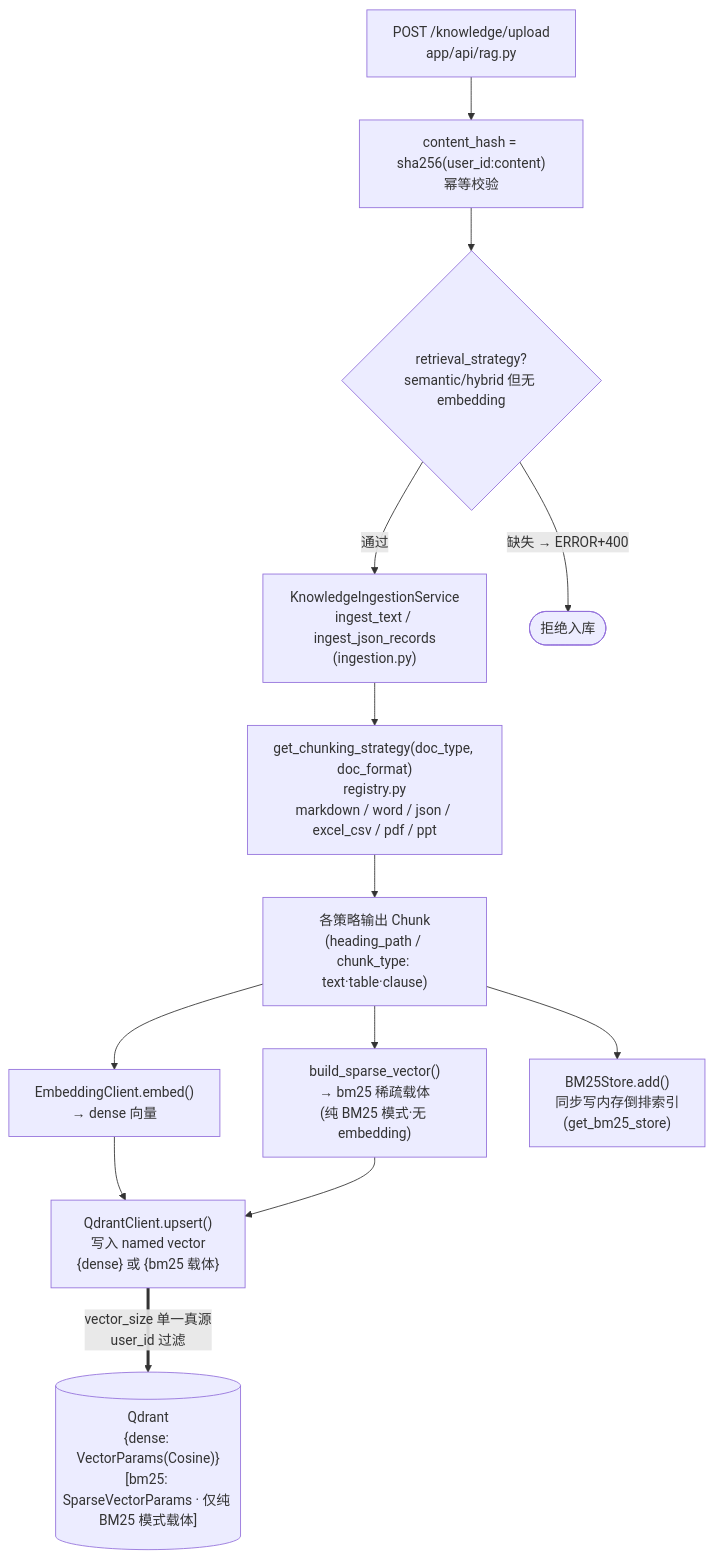
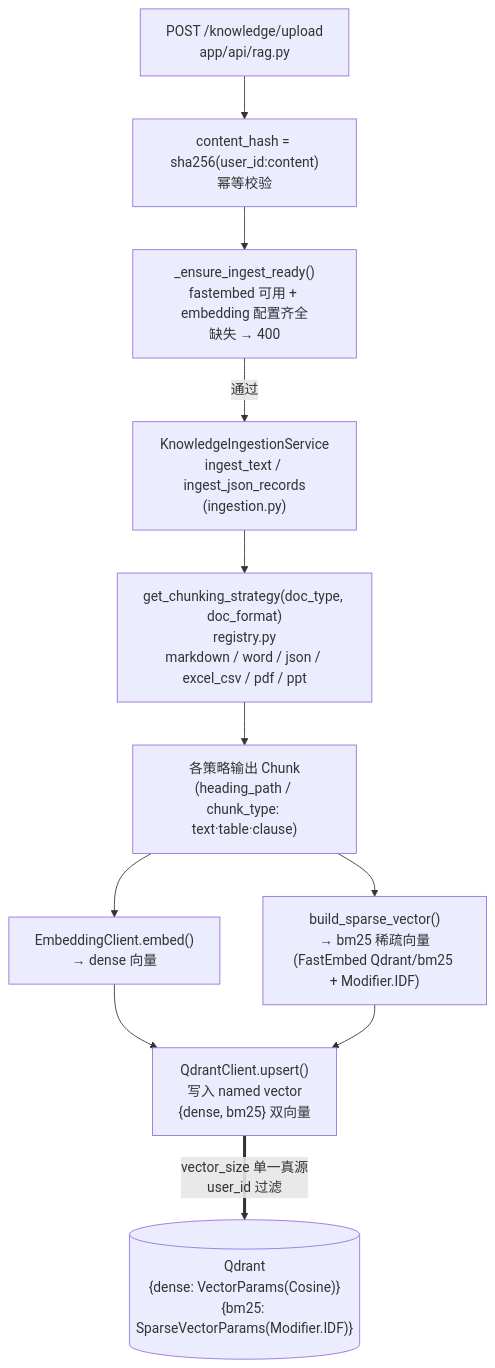
One commit to JCCGGKS/myagent changed the third of 7 diagrams in 项目演示文档/项目各环节介绍.md. Above: the diagram before and after it, drawn with Mermaid. The commit also changed other lines of this file and 13 other files, not shown here.

````diff
--- a/项目演示文档/项目各环节介绍.md
+++ b/项目演示文档/项目各环节介绍.md
@@ -155,23 +157,21 @@
 ```mermaid
 flowchart TD
     UP["POST /knowledge/upload\napp/api/rag.py"]
     ID["content_hash = sha256(user_id:content)\n幂等校验"]
-    PRE{"retrieval_strategy?\nsemantic/hybrid 但无 embedding"}
+    READY["_ensure_ingest_ready()\nfastembed 可用 + embedding 配置齐全\n缺失 → 400"]
     ING["KnowledgeIngestionService\ningest_text / ingest_json_records\n(ingestion.py)"]
     CH["get_chunking_strategy(doc_type, doc_format)\nregistry.py\nmarkdown / word / json / excel_csv / pdf / ppt"]
     CK["各策略输出 Chunk\n(heading_path / chunk_type: text·table·clause)"]
     EMB["EmbeddingClient.embed()\n→ dense 向量"]
-    SP["build_sparse_vector()\n→ bm25 稀疏载体\n(纯 BM25 模式·无 embedding)"]
-    UPQ["QdrantClient.upsert()\n写入 named vector\n{dense} 或 {bm25 载体}"]
-    QD[("Qdrant\n{dense: VectorParams(Cosine)}\n[bm25: SparseVectorParams · 仅纯 BM25 模式载体]")]
+    SP["build_sparse_vector()\n→ bm25 稀疏向量\n(FastEmbed Qdrant/bm25 + Modifier.IDF)"]
+    UPQ["QdrantClient.upsert()\n写入 named vector\n{dense, bm25} 双向量"]
+    QD[("Qdrant\n{dense: VectorParams(Cosine)}\n{bm25: SparseVectorParams(Modifier.IDF)}")]
 
-    UP --> ID --> PRE
-    PRE -- "缺失 → ERROR+400" --> ENDX([拒绝入库])
-    PRE -- "通过" --> ING --> CH --> CK
+    UP --> ID --> READY
+    READY -- "通过" --> ING --> CH --> CK
     CK --> EMB
     CK --> SP
-    CK --> IDX["BM25Store.add()\n同步写内存倒排索引\n(get_bm25_store)"]
     EMB --> UPQ
     SP --> UPQ
     UPQ ==>|"vector_size 单一真源\nuser_id 过滤"| QD
 ```
````
